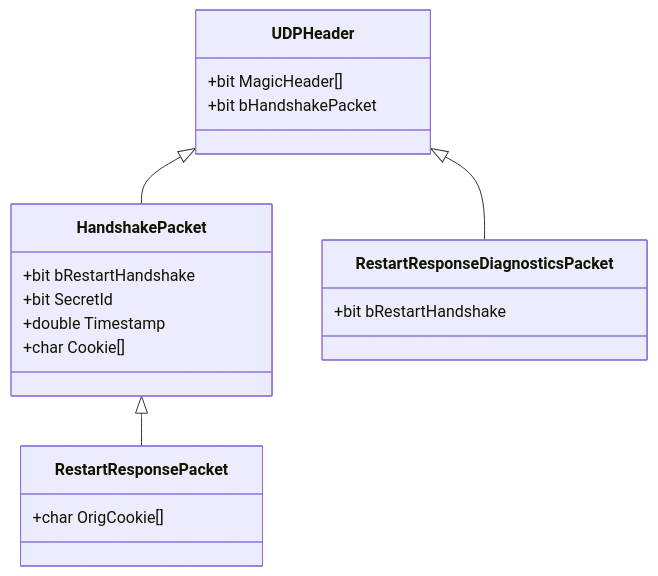
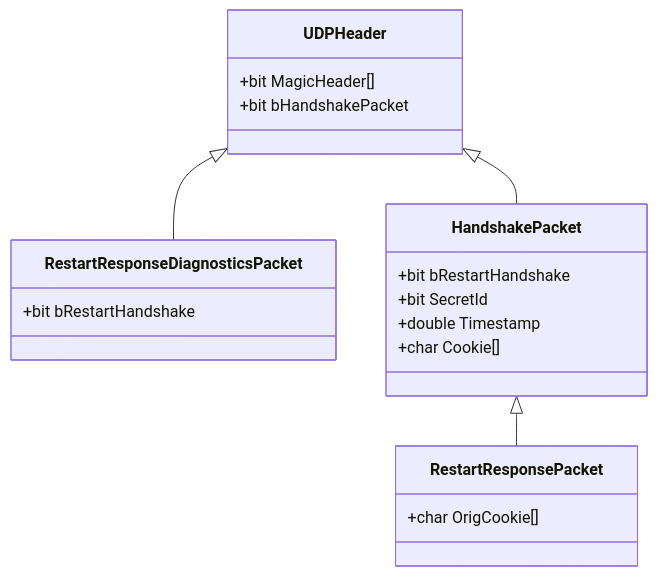
Before and after one commit to dpull/dpull.github.io: the sixth of 6 diagrams in _posts/2022-11-13-utcp_handshake.md, drawn with Mermaid. The commit also changed other lines of this file, not shown here.

````diff
--- a/_posts/2022-11-13-utcp_handshake.md
+++ b/_posts/2022-11-13-utcp_handshake.md
@@ -84,23 +84,23 @@
 ```mermaid
 classDiagram
+    UDPHeader <|-- RestartResponseDiagnosticsPacket
     UDPHeader <|-- HandshakePacket
     HandshakePacket <|-- RestartResponsePacket
-    UDPHeader <|-- RestartResponseDiagnosticsPacket
 
     class UDPHeader{
       +bit MagicHeader[]
       +bit bHandshakePacket
     }
     class HandshakePacket{
       +bit bRestartHandshake
       +bit SecretId
       +double Timestamp
       +char Cookie[]
     }
     class RestartResponsePacket{
       +char OrigCookie[]
     }
     class RestartResponseDiagnosticsPacket{
       +bit bRestartHandshake
     }
 ```
````
